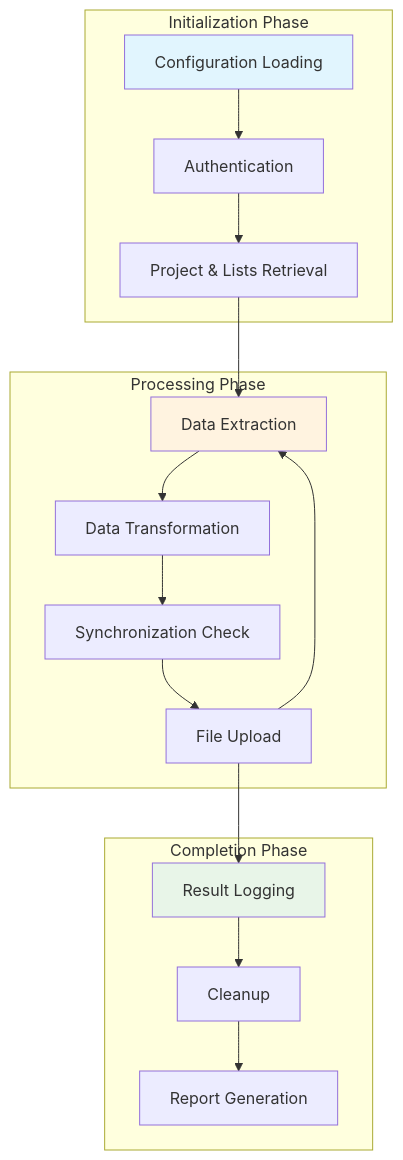
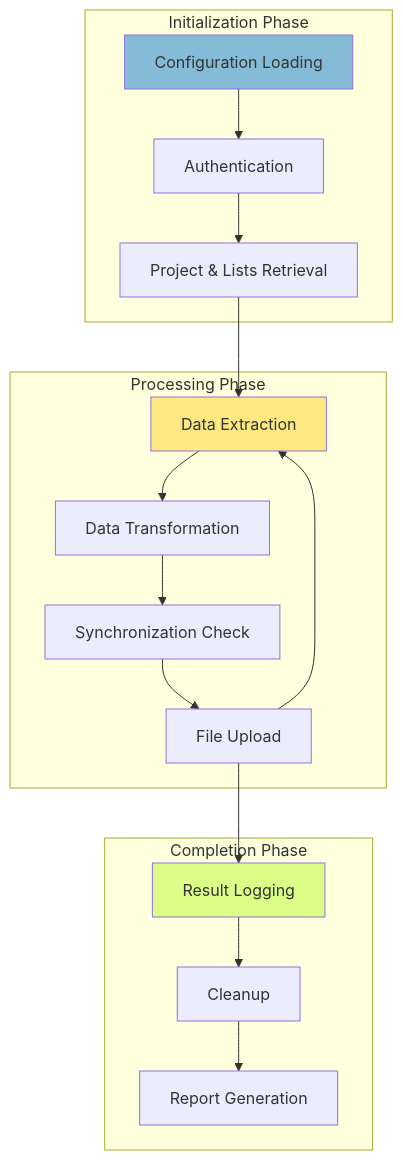
One commit to Stadt-Geschichte-Basel/omeka2dsp changed diagram 16 of 16 in docs/workflows/index.qmd. Above: the diagram before and after it, drawn with Mermaid. The commit also changed other lines of this file and 22 other files, not shown here.

````diff
--- a/docs/workflows/index.qmd
+++ b/docs/workflows/index.qmd
@@ -559,38 +559,38 @@
 ```{mermaid}
 graph TB
     subgraph "Initialization Phase"
         A1[Configuration Loading]
         A2[Authentication]
         A3[Project & Lists Retrieval]
     end
     
     subgraph "Processing Phase"
         B1[Data Extraction]
         B2[Data Transformation]
         B3[Synchronization Check]
         B4[File Upload]
     end
     
     subgraph "Completion Phase"
         C1[Result Logging]
         C2[Cleanup]
         C3[Report Generation]
     end
     
     A1 --> A2
     A2 --> A3
     A3 --> B1
     
     B1 --> B2
     B2 --> B3
     B3 --> B4
     B4 --> B1
     
     B4 --> C1
     C1 --> C2
     C2 --> C3
     
-    style A1 fill:#e1f5fe
-    style B1 fill:#fff3e0
-    style C1 fill:#e8f5e8
+    style A1 fill:#86bbd8
+    style B1 fill:#ffe880
+    style C1 fill:#dbfe87
 ```
````
